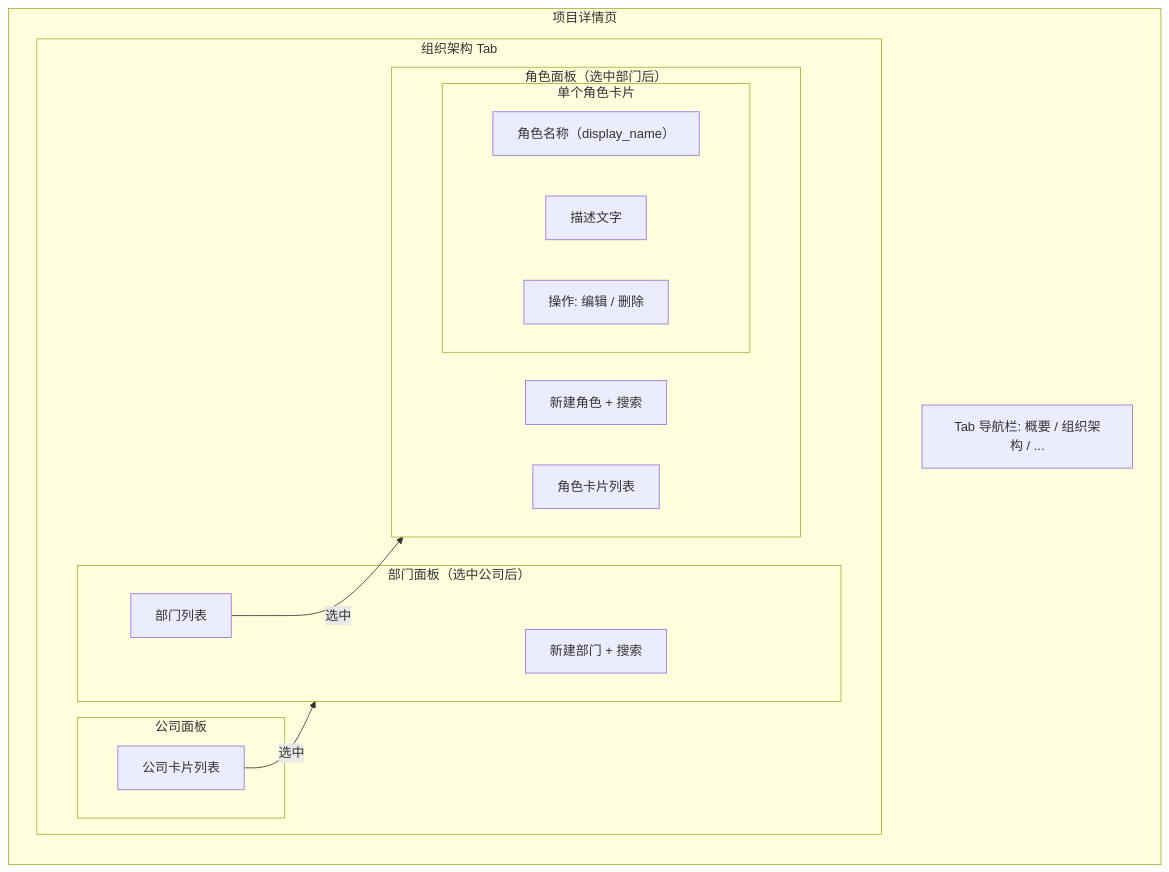
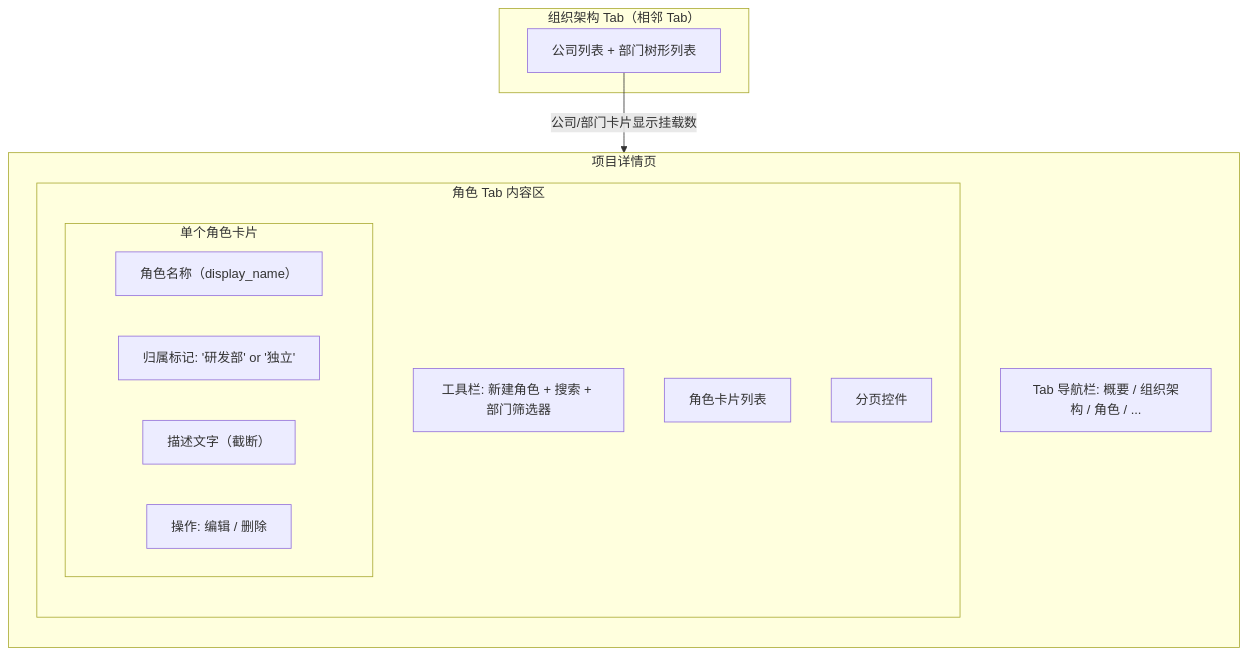
Before and after one commit to kai-cui1/ai-prototype-manager: the fourth of 6 diagrams in docs/03-prd/modules/project-management/project-management-prd-2.md, drawn with Mermaid. The commit also changed other lines of this file and 3 other files, not shown here.

First line of the commit message:
docs: M1 PRD round 2 review — Role independence + dept parent_id fix + domain model v1.1

````diff
--- a/docs/03-prd/modules/project-management/project-management-prd-2.md
+++ b/docs/03-prd/modules/project-management/project-management-prd-2.md
@@ -625,35 +672,24 @@
 ```mermaid
 graph TD
     subgraph ProjectDetail["项目详情页"]
         direction TB
-        Tabs["Tab 导航栏: 概要 / 组织架构 / ..."]
-        subgraph OrgTab["组织架构 Tab"]
-            direction LR
-            CompanyPanel["公司面板"]
-            DeptPanel["部门面板"]
-            RolePanel["角色面板"]
+        Tabs["Tab 导航栏: 概要 / 组织架构 / 角色 / ..."]
+        subgraph RoleTab["角色 Tab 内容区"]
+            direction TB
+            RToolbar["工具栏: 新建角色 + 搜索 + 部门筛选器"]
+            RList["角色卡片列表"]
+            subgraph RCard["单个角色卡片"]
+                RName["角色名称（display_name）"]
+                RTypeBadge["归属标记: '研发部' or '独立'"]
+                RDesc["描述文字（截断）"]
+                RActions["操作: 编辑 / 删除"]
+            end
+            RPagination["分页控件"]
         end
     end
 
-    subgraph CompanyPanel["公司面板"]
-        CList["公司卡片列表"]
+    subgraph OrgTab["组织架构 Tab（相邻 Tab）"]
+        OrgContent["公司列表 + 部门树形列表"]
+        OrgContent -->|"公司/部门卡片显示挂载数"| RoleTab
     end
-
-    subgraph DeptPanel["部门面板（选中公司后）"]
-        DToolbar["新建部门 + 搜索"]
-        DList["部门列表"]
-    end
-
-    subgraph RolePanel["角色面板（选中部门后）"]
-        RToolbar["新建角色 + 搜索"]
-        RList["角色卡片列表"]
-        subgraph RCard["单个角色卡片"]
-            RName["角色名称（display_name）"]
-            RDesc["描述文字"]
-            RActions["操作: 编辑 / 删除"]
-        end
-    end
-
-    CList -->|"选中"| DeptPanel
-    DList -->|"选中"| RolePanel
 ```
````
